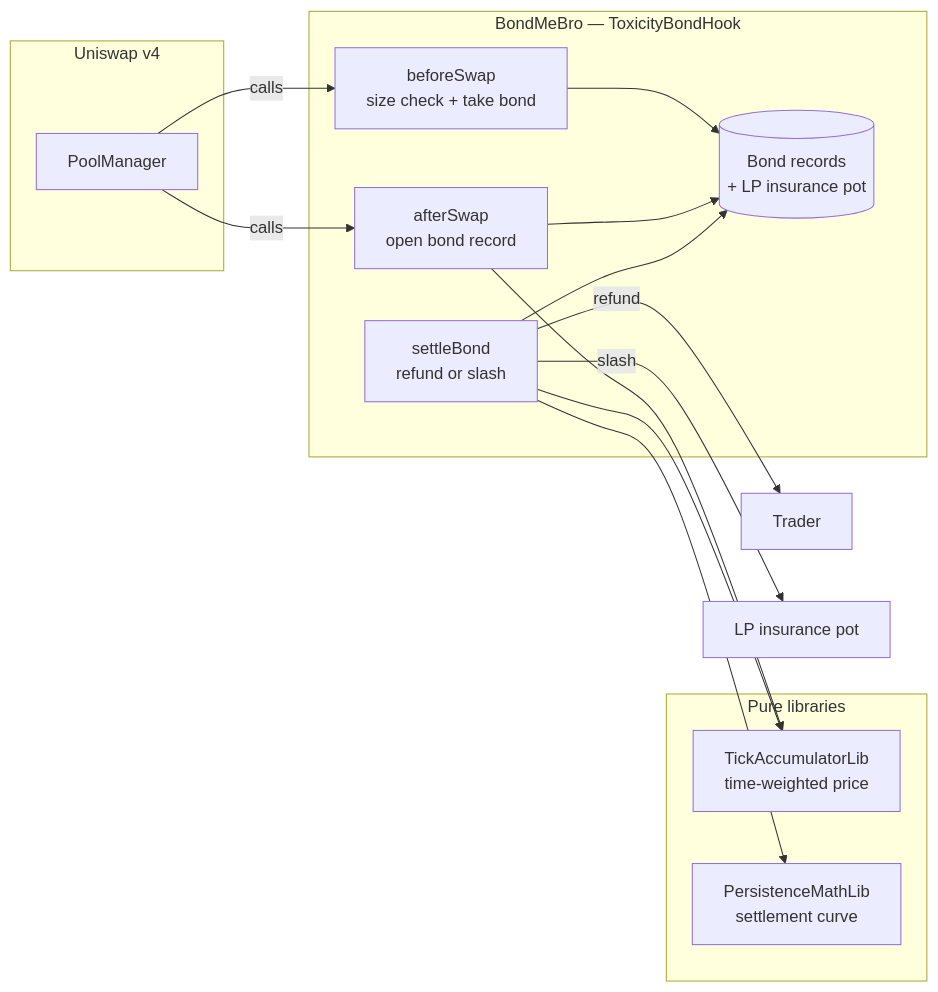
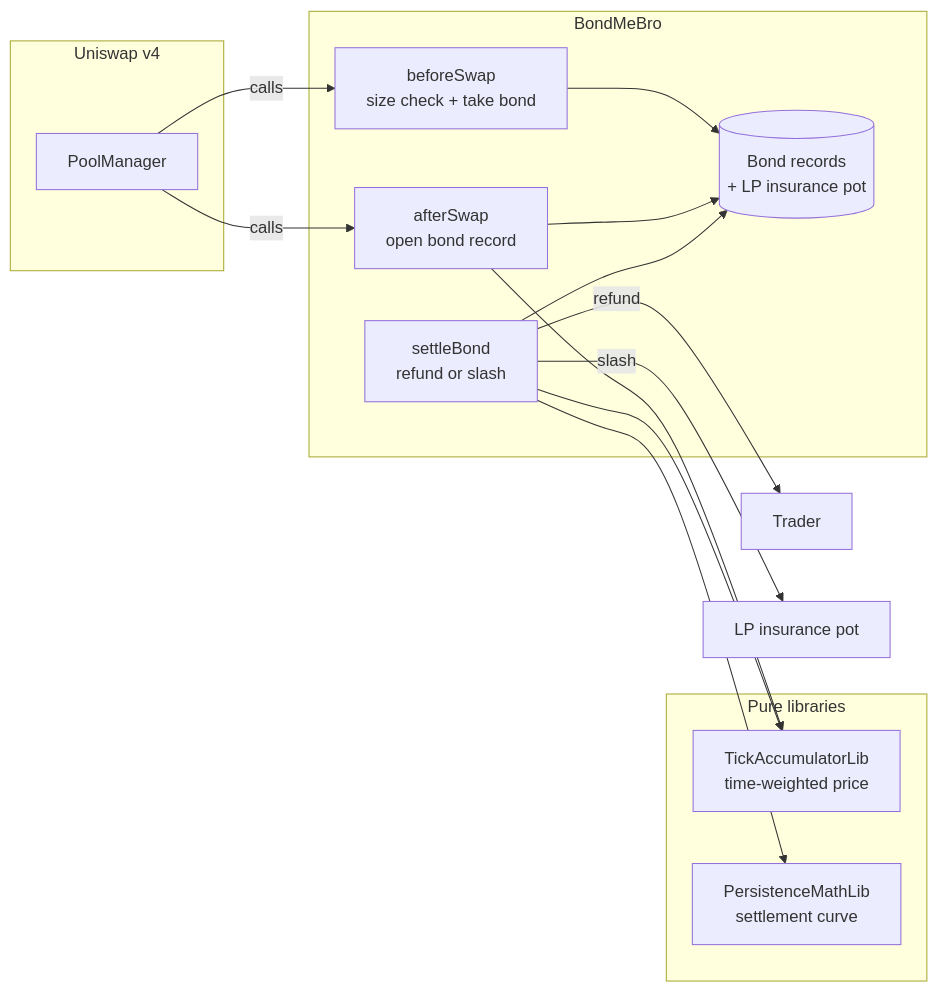
The second of 2 diagrams in README.md (Maheshsiddu29/BondMeBro), drawn with Mermaid before and after one commit. The commit also changed other lines of this file and 18 other files, not shown here.

Commit message:
Completed Hook foundation,HookData, exact-input , exact -output bond custody implementation with proper tests including invariant tests

````diff
--- a/README.md
+++ b/README.md
@@ -81,29 +109,29 @@
 ```mermaid
 flowchart LR
     subgraph Uniswap["Uniswap v4"]
         PM[PoolManager]
     end
 
-    subgraph Hook["BondMeBro — ToxicityBondHook"]
+    subgraph Hook["BondMeBro"]
         BS[beforeSwap<br/>size check + take bond]
         AS[afterSwap<br/>open bond record]
         SB[settleBond<br/>refund or slash]
         ST[(Bond records<br/>+ LP insurance pot)]
     end
 
     subgraph Libs["Pure libraries"]
         TAL[TickAccumulatorLib<br/>time-weighted price]
         PML[PersistenceMathLib<br/>settlement curve]
     end
 
     PM -->|calls| BS
     PM -->|calls| AS
     BS --> ST
     AS --> ST
     AS --> TAL
     SB --> ST
     SB --> TAL
     SB --> PML
     SB -->|refund| Trader
     SB -->|slash| LPs[LP insurance pot]
 ```
````
